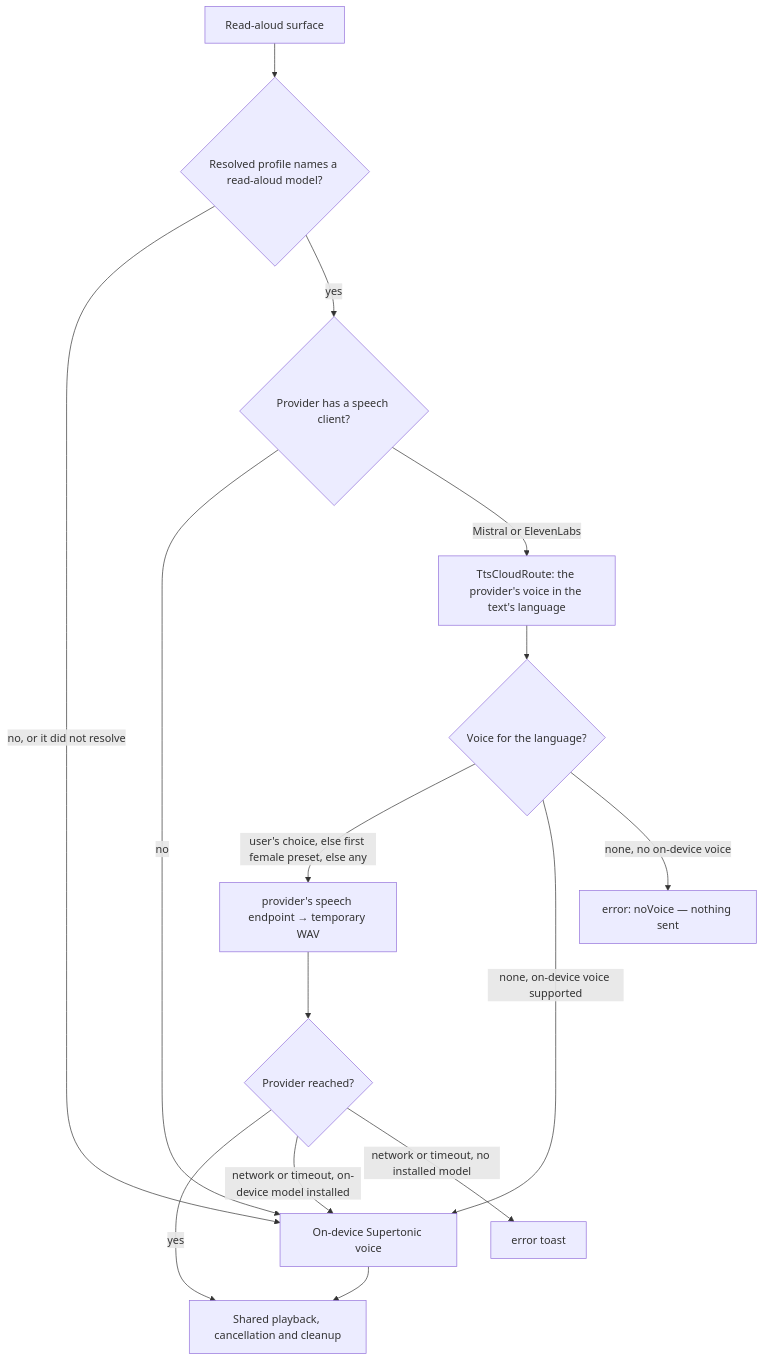
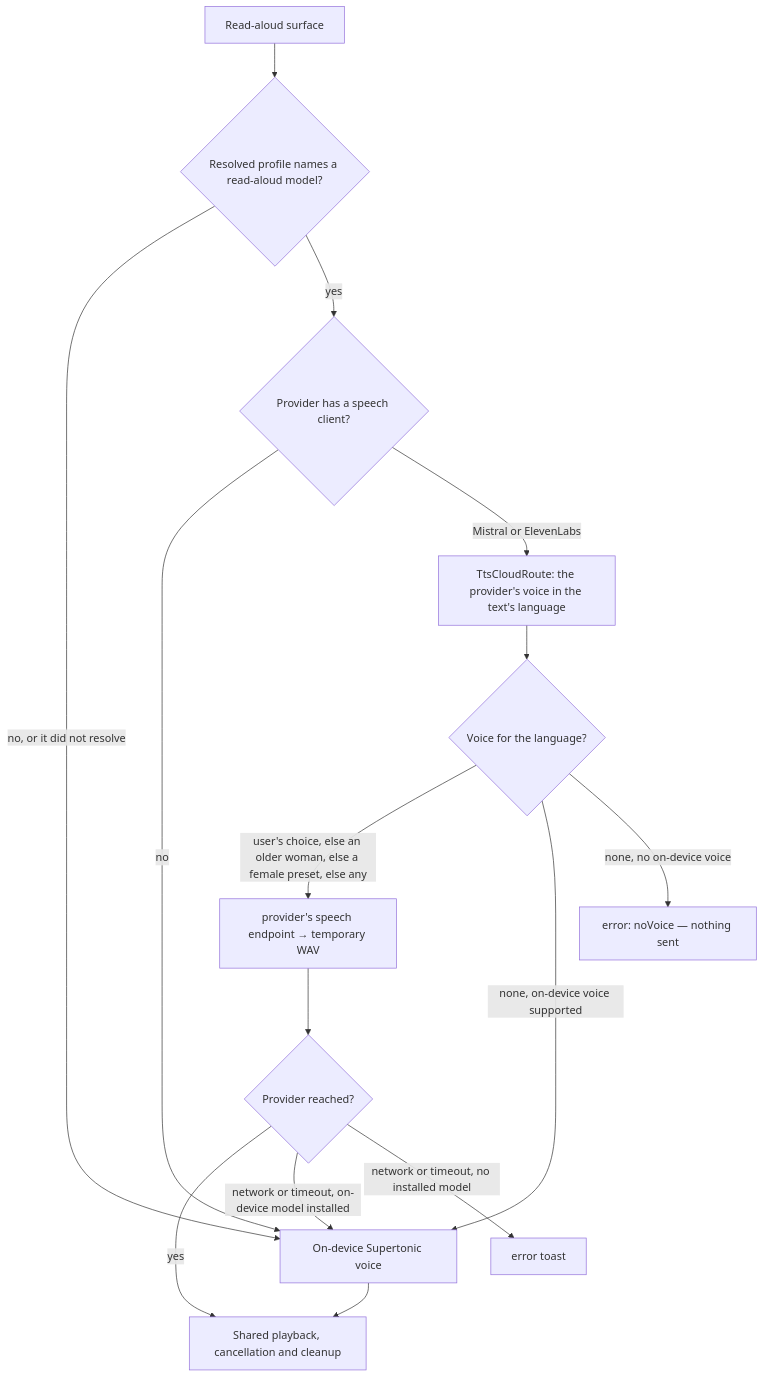
The second of 5 diagrams in knowledge/features/tts.md (matthiasn/lotti), drawn with Mermaid before and after one commit. The commit also changed other lines of this file and 5 other files, not shown here.

Commit message:
feat(tts): Lotti's default cloud voice is an older woman, then a middle-aged one

````diff
--- a/knowledge/features/tts.md
+++ b/knowledge/features/tts.md
@@ -189,17 +189,17 @@
 ```mermaid
 flowchart TD
   Surface["Read-aloud surface"] --> Profile{"Resolved profile names a read-aloud model?"}
   Profile -->|no, or it did not resolve| Local["On-device Supertonic voice"]
   Profile -->|yes| Client{"Provider has a speech client?"}
   Client -->|no| Local
   Client -->|Mistral or ElevenLabs| Cloud["TtsCloudRoute: the provider's voice in the text's language"]
   Cloud --> Voice{"Voice for the language?"}
-  Voice -->|user's choice, else first female preset, else any| Speak["provider's speech endpoint → temporary WAV"]
+  Voice -->|user's choice, else an older woman, else a female preset, else any| Speak["provider's speech endpoint → temporary WAV"]
   Voice -->|none, on-device voice supported| Local
   Voice -->|none, no on-device voice| NoVoice["error: noVoice — nothing sent"]
   Speak --> Reached{"Provider reached?"}
   Reached -->|yes| Play["Shared playback, cancellation and cleanup"]
   Reached -->|network or timeout, on-device model installed| Local
   Reached -->|network or timeout, no installed model| Failed["error toast"]
   Local --> Play
 ```
````
